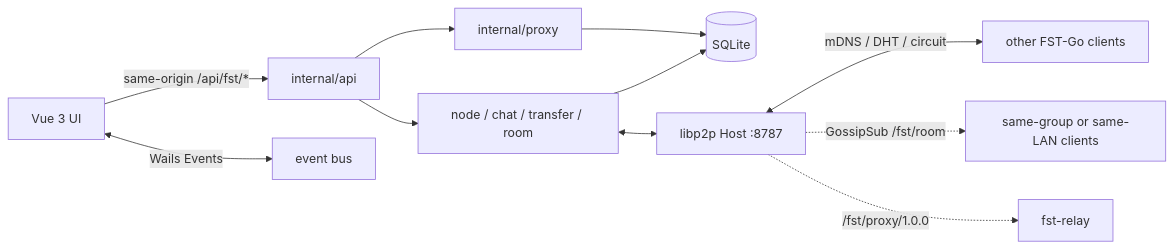
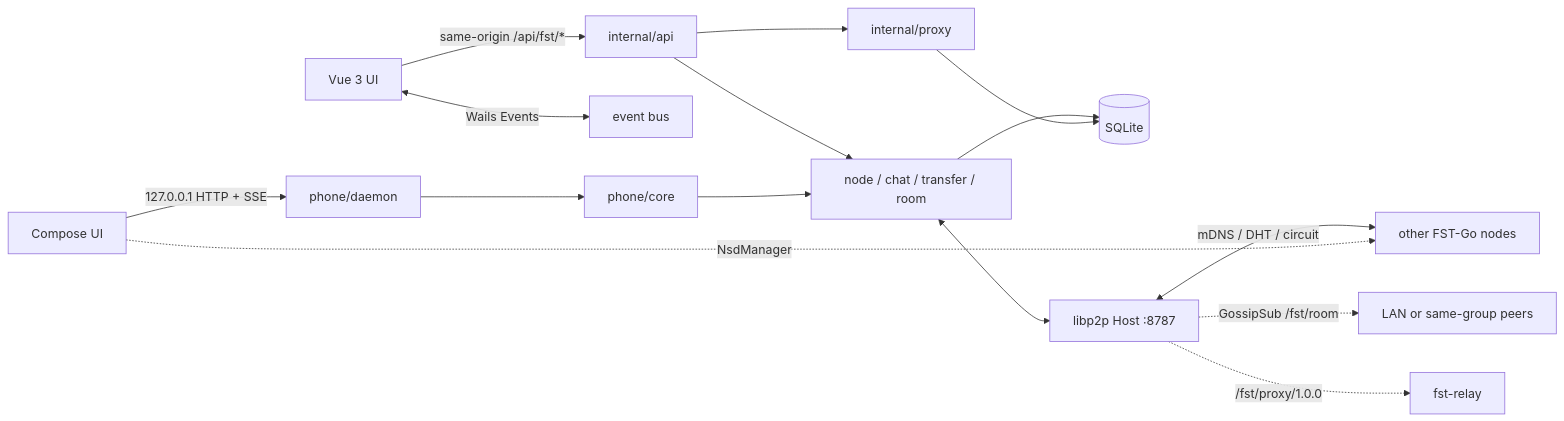
The diagram in README.md (xuey490/Fst-go), drawn with Mermaid before and after one commit. The commit also changed other lines of this file and 2 other files, not shown here.

````diff
--- a/README.md
+++ b/README.md
@@ -99,13 +104,17 @@
 ```mermaid
 flowchart LR
   UI[Vue 3 UI] -->|same-origin /api/fst/*| API[internal/api]
   UI <-->|Wails Events| EVT[event bus]
+  KUI[Compose UI] -->|127.0.0.1 HTTP + SSE| DMN[phone/daemon]
+  DMN --> PCORE[phone/core]
   API --> CORE[node / chat / transfer / room]
   API --> PROXY[internal/proxy]
+  PCORE --> CORE
   CORE --> DB[(SQLite)]
   PROXY --> DB
   CORE <--> P2P[libp2p Host :8787]
-  P2P <-->|mDNS / DHT / circuit| PEER[other FST-Go clients]
-  P2P -.->|GossipSub /fst/room| ROOM[same-group or same-LAN clients]
+  P2P <-->|mDNS / DHT / circuit| PEER[other FST-Go nodes]
+  P2P -.->|GossipSub /fst/room| ROOM[LAN or same-group peers]
   P2P -.->|/fst/proxy/1.0.0| RELAY[fst-relay]
+  KUI -.->|NsdManager| PEER
 ```
````
